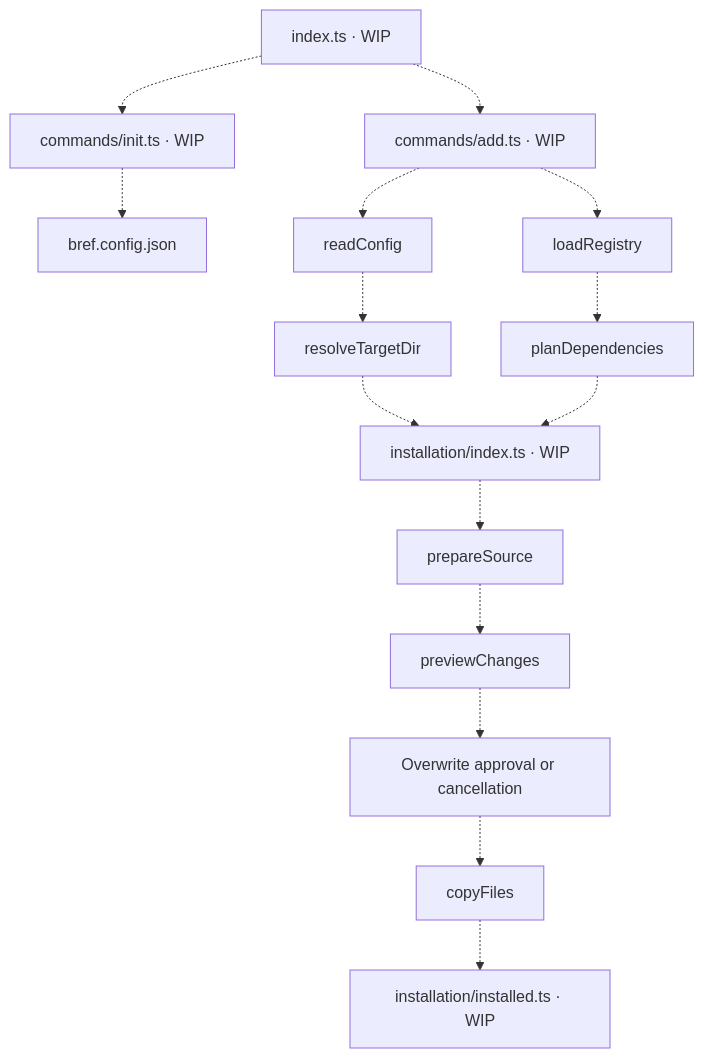
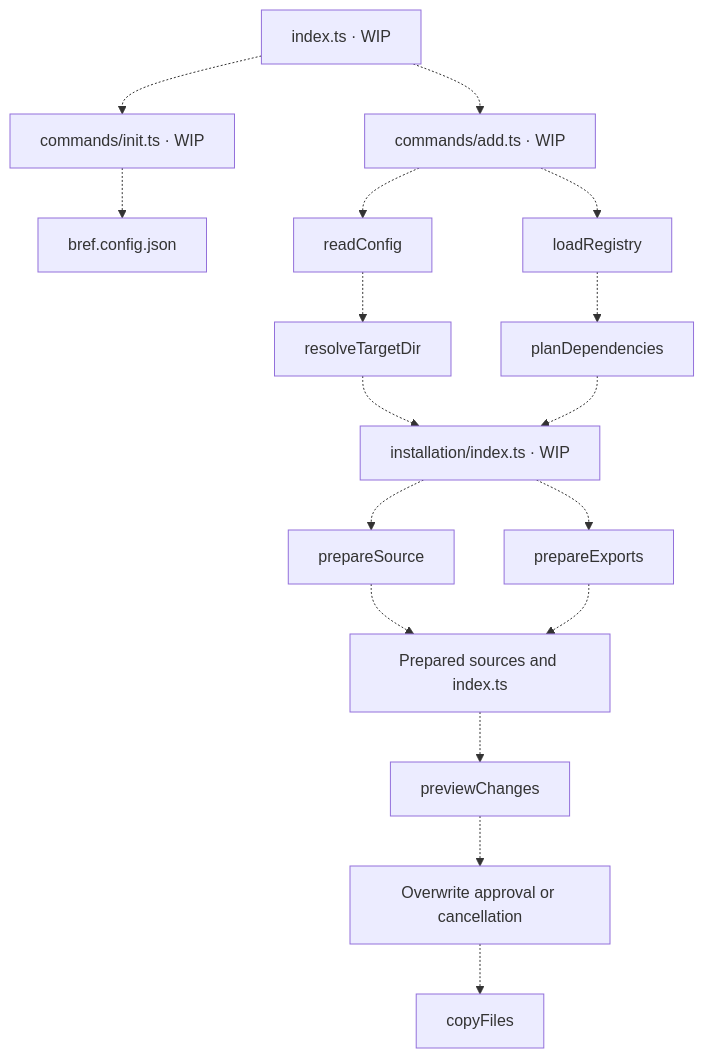
Before and after one commit to feuersteiner/bref-ui: the diagram in cli/README.md, drawn with Mermaid. The commit also changed other lines of this file and 13 other files, not shown here.

````diff
--- a/cli/README.md
+++ b/cli/README.md
@@ -12,17 +12,19 @@
 ```mermaid
 flowchart TD
     entry["index.ts · WIP"] -.-> init["commands/init.ts · WIP"]
     entry -.-> add["commands/add.ts · WIP"]
     init -.-> config["bref.config.json"]
     add -.-> read["readConfig"]
     read -.-> resolve["resolveTargetDir"]
     add -.-> load["loadRegistry"]
     load -.-> plan["planDependencies"]
     resolve -.-> install["installation/index.ts · WIP"]
     plan -.-> install
     install -.-> prepare["prepareSource"]
-    prepare -.-> preview["previewChanges"]
+    install -.-> exports["prepareExports"]
+    prepare -.-> files["Prepared sources and index.ts"]
+    exports -.-> files
+    files -.-> preview["previewChanges"]
     preview -.-> decisions["Overwrite approval or cancellation"]
     decisions -.-> copy["copyFiles"]
-    copy -.-> exports["installation/installed.ts · WIP"]
 ```
````
